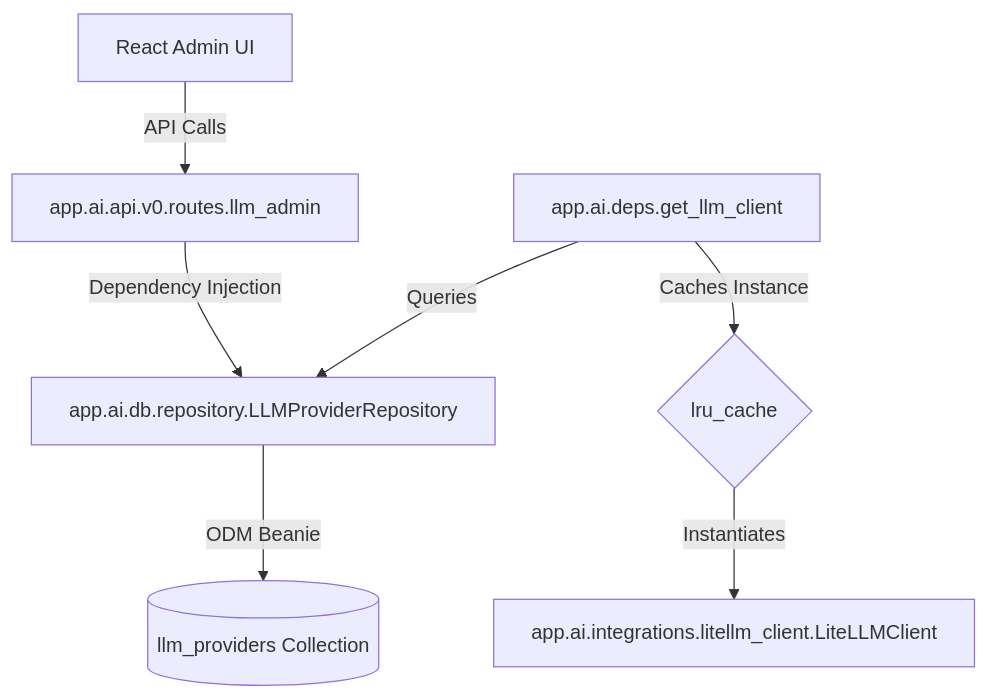
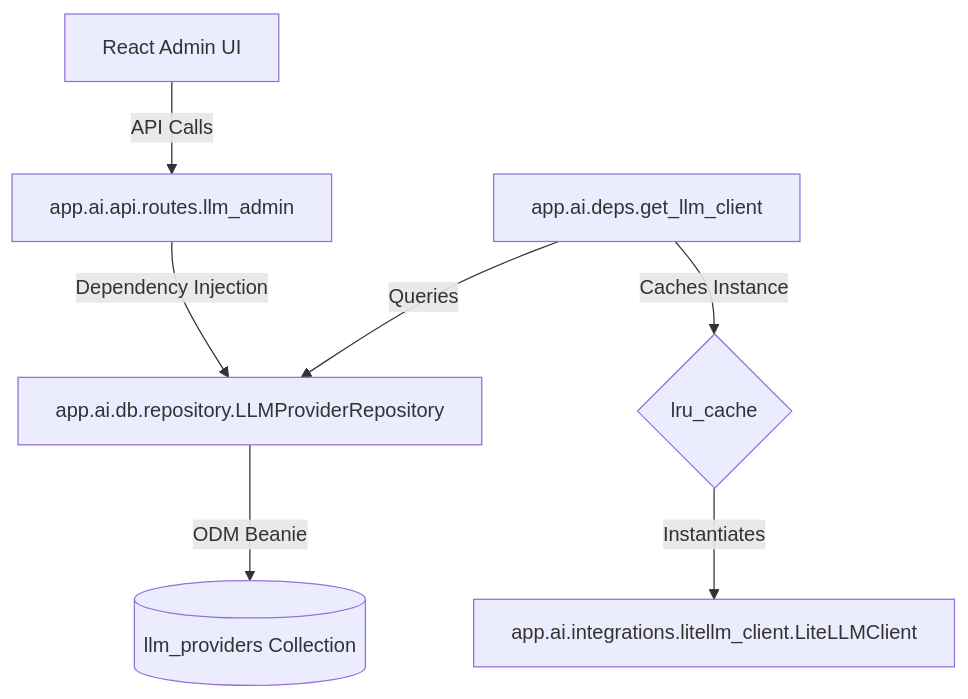
One commit to sali72/my-inner-pages changed the diagram in docs/features/llm-providers.md. Above: the diagram before and after it, drawn with Mermaid. The commit also changed other lines of this file and 5 other files, not shown here.

````diff
--- a/docs/features/llm-providers.md
+++ b/docs/features/llm-providers.md
@@ -11,10 +11,10 @@
 ```mermaid
 graph TD
-    Client[React Admin UI] -->|API Calls| Routes[app.ai.api.v0.routes.llm_admin]
+    Client[React Admin UI] -->|API Calls| Routes[app.ai.api.routes.llm_admin]
     Routes -->|Dependency Injection| Repo[app.ai.db.repository.LLMProviderRepository]
     Repo -->|ODM Beanie| MongoDB[(llm_providers Collection)]
     
     Deps[app.ai.deps.get_llm_client] -->|Queries| Repo
     Deps -->|Caches Instance| Cache{lru_cache}
     Cache -->|Instantiates| LiteLLM[app.ai.integrations.litellm_client.LiteLLMClient]
 ```
````
